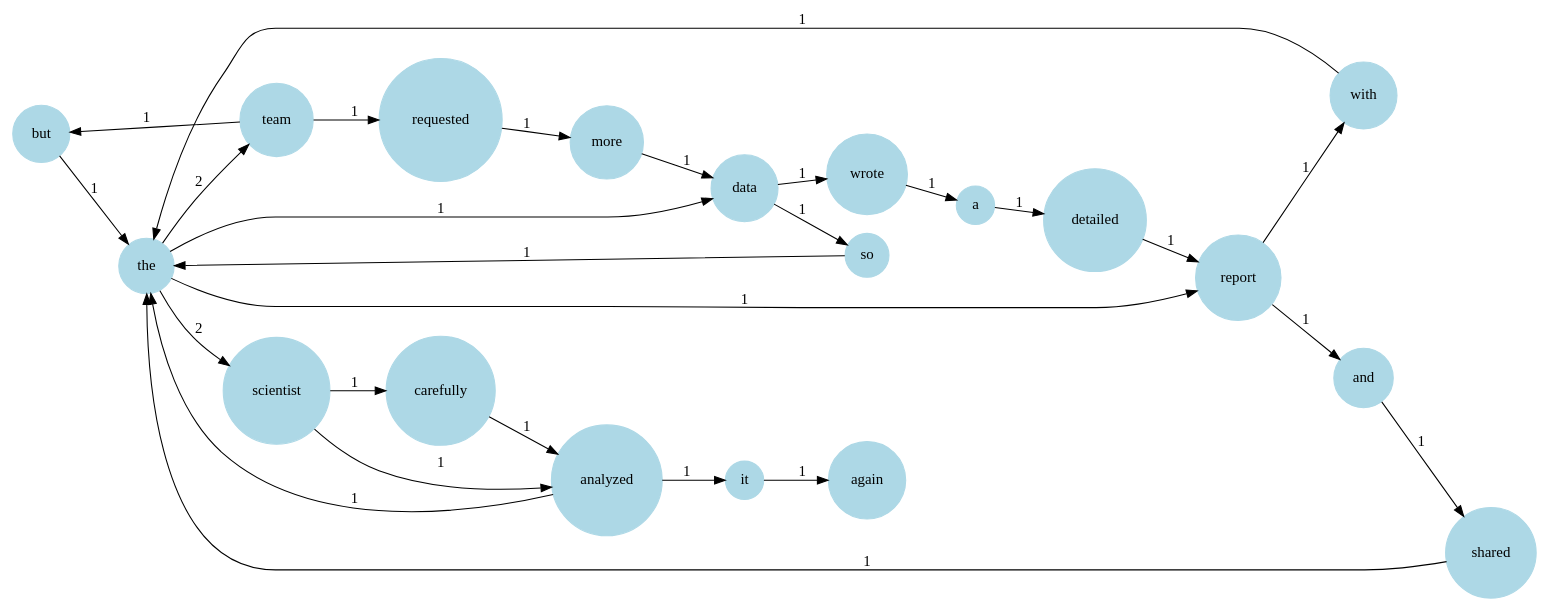
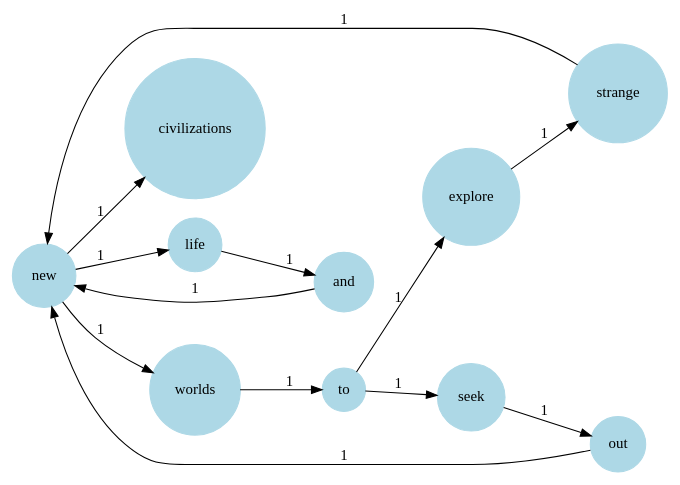
One commit to Stanley-0721/Lab1-2023130103 changed the diagram in graph/graph.dot. Above: the diagram before and after it, drawn with Graphviz. The commit also changed 8 other files, not shown here.

```diff
--- a/graph/graph.dot
+++ b/graph/graph.dot
@@ -1,28 +1,14 @@
 digraph G { rankdir=LR; node [shape=circle,style=filled,color=lightblue];
-"but"->"the" [label=1];
-"shared"->"the" [label=1];
-"a"->"detailed" [label=1];
-"data"->"wrote" [label=1];
-"data"->"so" [label=1];
-"carefully"->"analyzed" [label=1];
-"more"->"data" [label=1];
-"scientist"->"carefully" [label=1];
-"scientist"->"analyzed" [label=1];
-"wrote"->"a" [label=1];
-"analyzed"->"the" [label=1];
-"analyzed"->"it" [label=1];
-"it"->"again" [label=1];
-"team"->"but" [label=1];
-"team"->"requested" [label=1];
-"the"->"data" [label=1];
-"the"->"scientist" [label=2];
-"the"->"report" [label=1];
-"the"->"team" [label=2];
-"with"->"the" [label=1];
-"requested"->"more" [label=1];
-"detailed"->"report" [label=1];
-"and"->"shared" [label=1];
-"report"->"with" [label=1];
-"report"->"and" [label=1];
-"so"->"the" [label=1];
+"new"->"worlds" [label=1];
+"new"->"civilizations" [label=1];
+"new"->"life" [label=1];
+"worlds"->"to" [label=1];
+"explore"->"strange" [label=1];
+"and"->"new" [label=1];
+"to"->"explore" [label=1];
+"to"->"seek" [label=1];
+"seek"->"out" [label=1];
+"life"->"and" [label=1];
+"strange"->"new" [label=1];
+"out"->"new" [label=1];
 }
```
